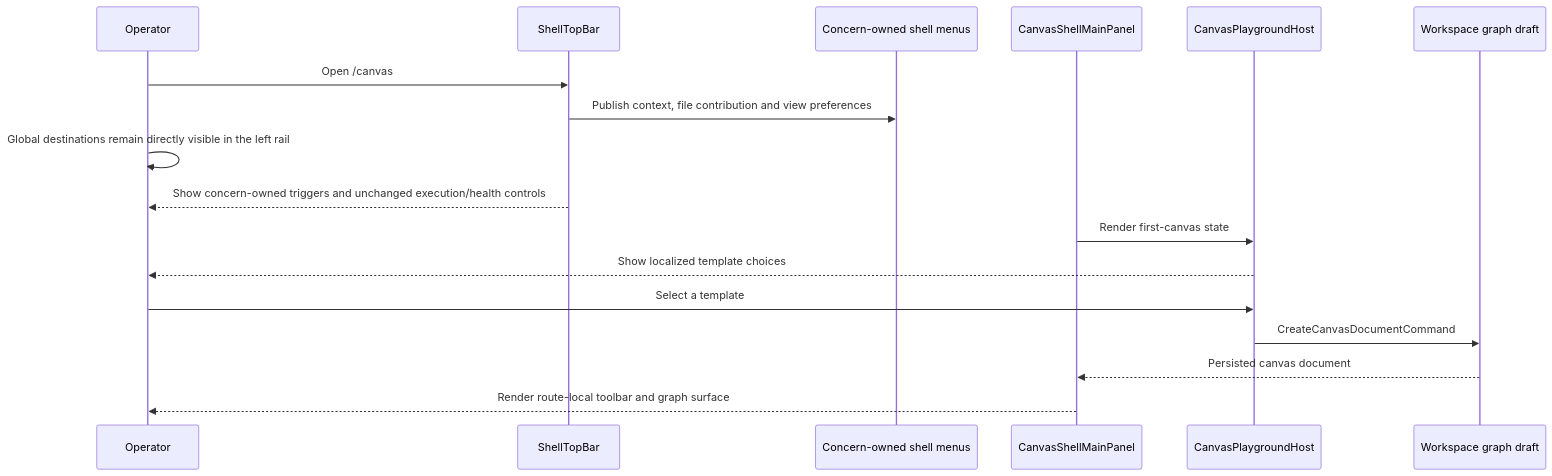
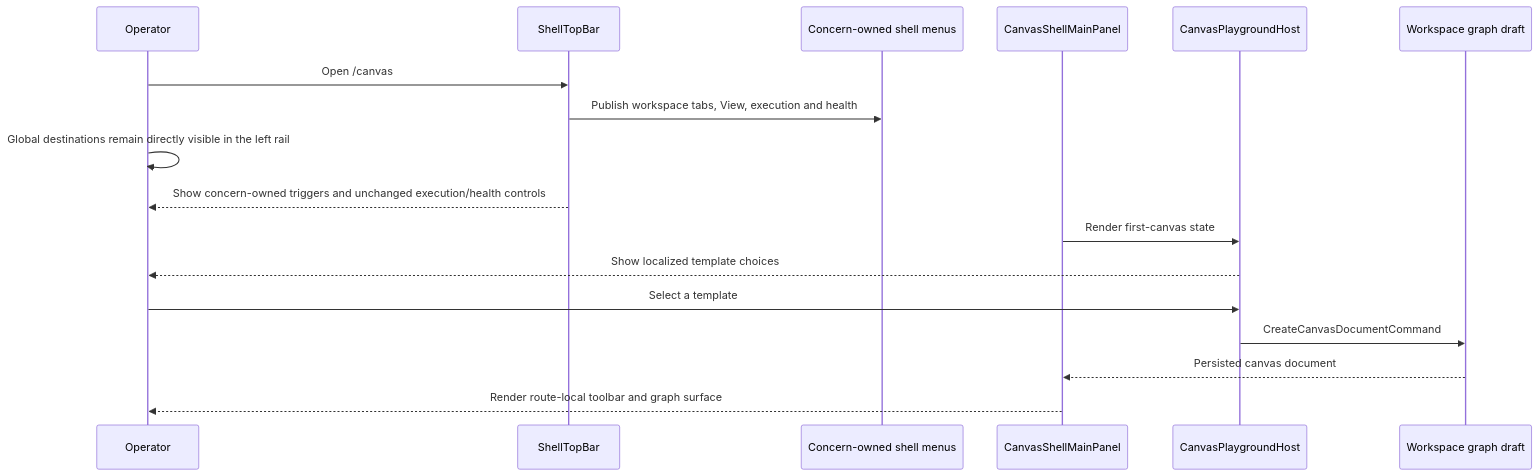
Before and after one commit to dunay2/dvt: diagram 15 of 20 in docs/architecture/components/web/graph/canvas-shell-component.md, drawn with Mermaid. The commit also changed other lines of this file and 58 other files, not shown here.

````diff
--- a/docs/architecture/components/web/graph/canvas-shell-component.md
+++ b/docs/architecture/components/web/graph/canvas-shell-component.md
@@ -822,20 +823,20 @@
 ```mermaid
 sequenceDiagram
   participant Operator
   participant Shell as ShellTopBar
   participant Menus as Concern-owned shell menus
   participant Canvas as CanvasShellMainPanel
   participant Host as CanvasPlaygroundHost
   participant Draft as Workspace graph draft
 
   Operator->>Shell: Open /canvas
-  Shell->>Menus: Publish context, file contribution and view preferences
+  Shell->>Menus: Publish workspace tabs, View, execution and health
   Operator->>Operator: Global destinations remain directly visible in the left rail
   Shell-->>Operator: Show concern-owned triggers and unchanged execution/health controls
   Canvas->>Host: Render first-canvas state
   Host-->>Operator: Show localized template choices
   Operator->>Host: Select a template
   Host->>Draft: CreateCanvasDocumentCommand
   Draft-->>Canvas: Persisted canvas document
   Canvas-->>Operator: Render route-local toolbar and graph surface
 ```
````
